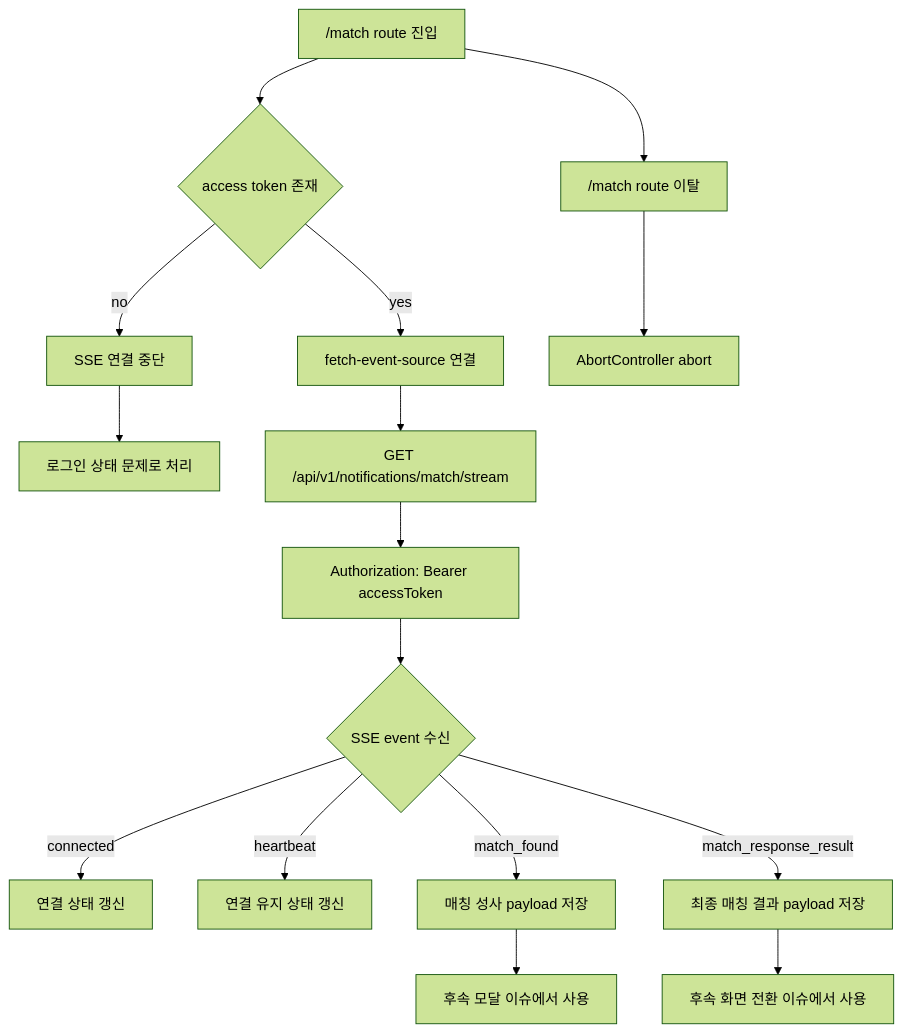
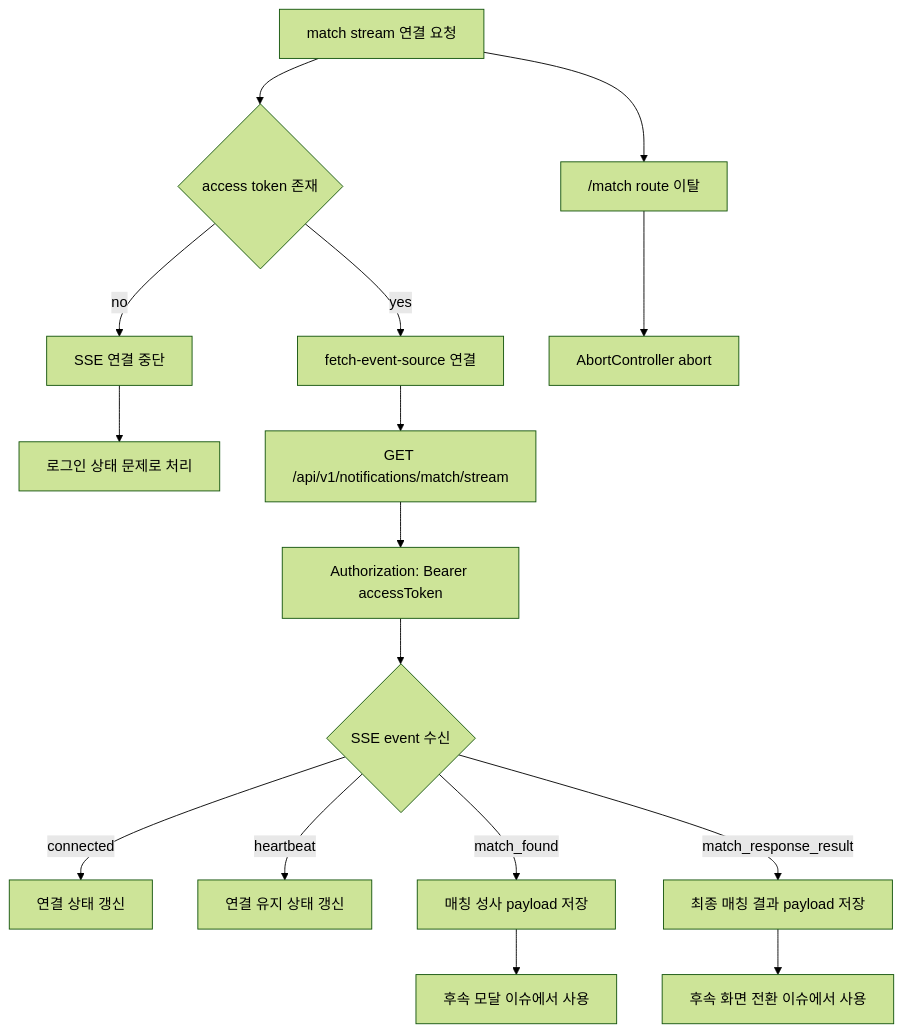
Before and after one commit to moonwhistle/League-of-Star: the first of 2 diagrams in docs/antigravity/frontend/issue-76-sse-auth-contract-match-stream.md, drawn with Mermaid (forest theme). The commit also changed other lines of this file and 12 other files, not shown here.

````diff
--- a/docs/antigravity/frontend/issue-76-sse-auth-contract-match-stream.md
+++ b/docs/antigravity/frontend/issue-76-sse-auth-contract-match-stream.md
@@ -13,18 +13,18 @@
 ```mermaid
 flowchart TD
-    A["/match route 진입"] --> B{access token 존재}
+    A["match stream 연결 요청"] --> B{access token 존재}
     B -->|no| C["SSE 연결 중단"]
     C --> D["로그인 상태 문제로 처리"]
     B -->|yes| E["fetch-event-source 연결"]
     E --> F["GET /api/v1/notifications/match/stream"]
     F --> G["Authorization: Bearer accessToken"]
     G --> H{SSE event 수신}
     H -->|connected| I["연결 상태 갱신"]
     H -->|heartbeat| J["연결 유지 상태 갱신"]
     H -->|match_found| K["매칭 성사 payload 저장"]
     H -->|match_response_result| L["최종 매칭 결과 payload 저장"]
     K --> M["후속 모달 이슈에서 사용"]
     L --> N["후속 화면 전환 이슈에서 사용"]
     A --> O["/match route 이탈"]
     O --> P["AbortController abort"]
 ```
````
